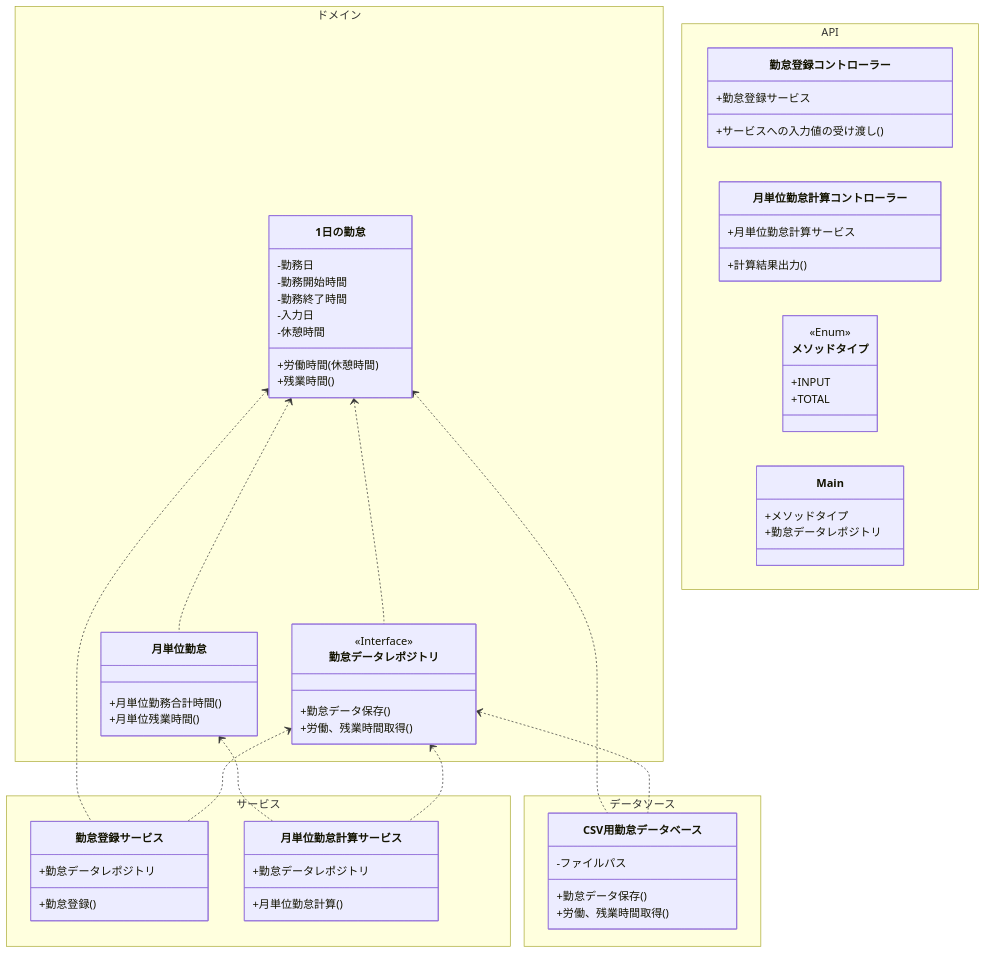
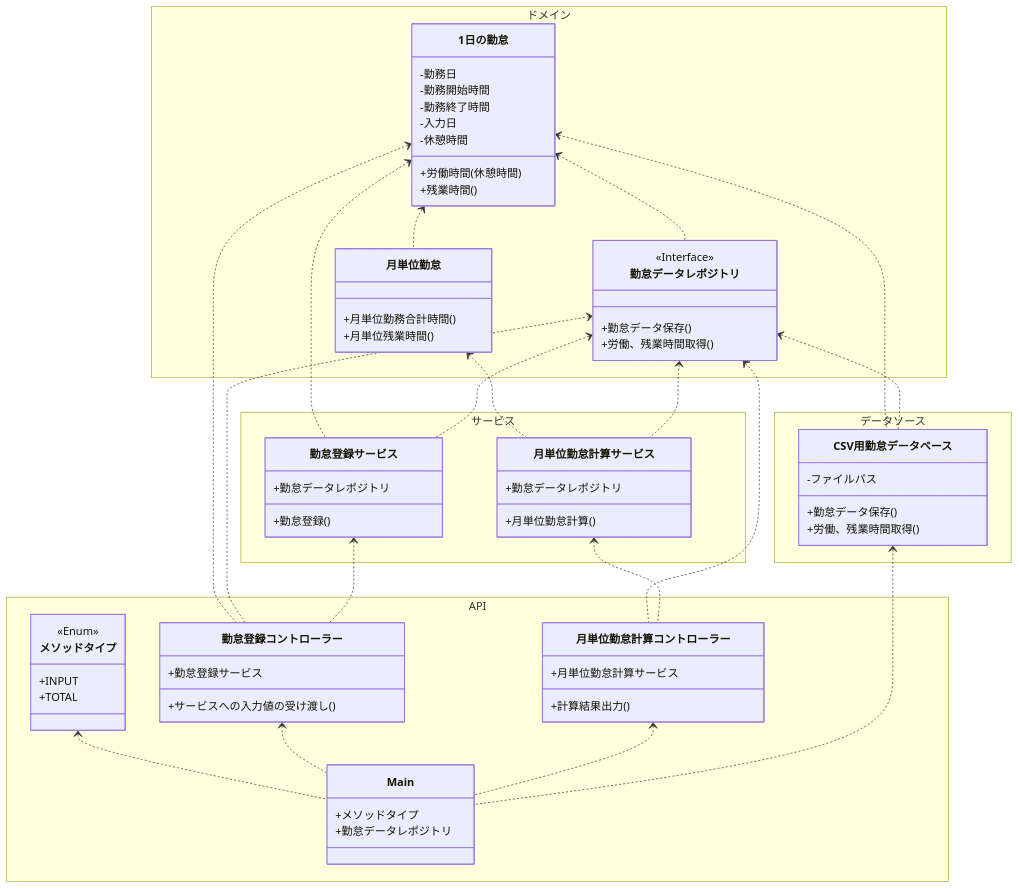
One commit to biglobe-isp/kintai changed the diagram in model_Japanese.md. Above: the diagram before and after it, drawn with Mermaid.

Commit message:
クラス図　日本語Fix

````diff
--- a/model_Japanese.md
+++ b/model_Japanese.md
@@ -1,69 +1,78 @@
 ```mermaid
 classDiagram 　
     namespace ドメイン {
     　　class 1日の勤怠{
           -勤務日
           -勤務開始時間
           -勤務終了時間
           -入力日
           -休憩時間
           +労働時間(休憩時間)
           +残業時間()
       }
        class 月単位勤怠{
            +月単位勤務合計時間()
            +月単位残業時間()
        }
        class 勤怠データレポジトリ{
            <<Interface>>
            +勤怠データ保存()
            +労働、残業時間取得()
        }
     }
     namespace サービス {
         class 勤怠登録サービス{
             +勤怠データレポジトリ
             +勤怠登録()
         }
         class 月単位勤怠計算サービス{
             +勤怠データレポジトリ
             +月単位勤怠計算()
         }
     }
     namespace データソース{ 
         class CSV用勤怠データベース{
             -ファイルパス
             +勤怠データ保存()
             +労働、残業時間取得()
         }
     }
     namespace API{
         class 勤怠登録コントローラー{
             +勤怠登録サービス
             +サービスへの入力値の受け渡し()
         }
         class 月単位勤怠計算コントローラー{
             +月単位勤怠計算サービス
             +計算結果出力()
         }
         class メソッドタイプ{
             <<Enum>>
             +INPUT
             +TOTAL
         }
         class Main{
             +メソッドタイプ
             +勤怠データレポジトリ
         }
     }
     
     1日の勤怠 <.. 月単位勤怠
     1日の勤怠 <.. 勤怠データレポジトリ
     1日の勤怠 <.. 勤怠登録サービス
     勤怠データレポジトリ <.. 勤怠登録サービス
     月単位勤怠 <.. 月単位勤怠計算サービス
     勤怠データレポジトリ <.. 月単位勤怠計算サービス
     1日の勤怠 <.. CSV用勤怠データベース
     勤怠データレポジトリ <.. CSV用勤怠データベース
+    1日の勤怠 <.. 勤怠登録コントローラー
+    勤怠データレポジトリ <.. 勤怠登録コントローラー
+    勤怠登録サービス <.. 勤怠登録コントローラー
+    勤怠データレポジトリ <.. 月単位勤怠計算コントローラー
+    月単位勤怠計算サービス <.. 月単位勤怠計算コントローラー
+    メソッドタイプ <.. Main
+    勤怠登録コントローラー <.. Main
+    月単位勤怠計算コントローラー <.. Main
+    CSV用勤怠データベース <.. Main
     
 ```
````
